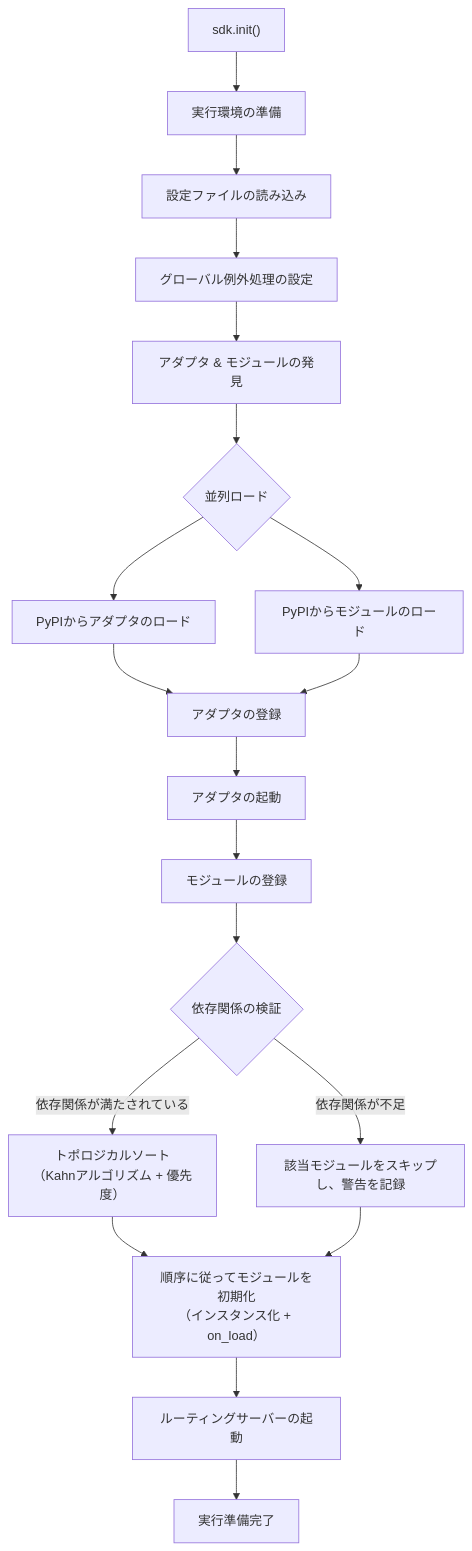
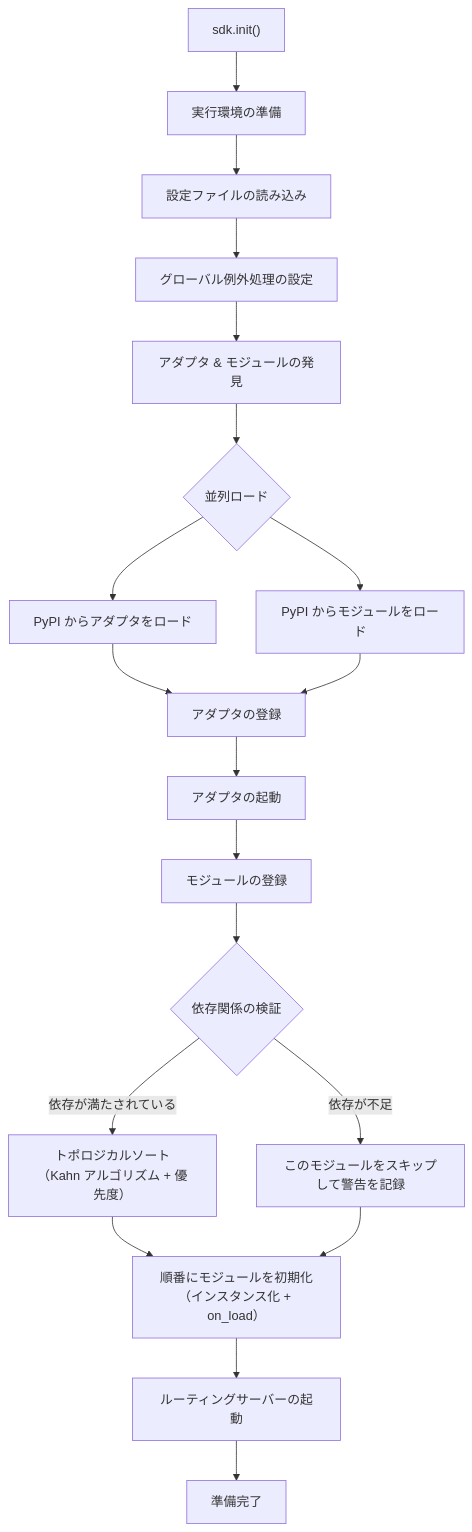
The second of 9 diagrams in docs/ja/architecture.md (ErisPulse/ErisPulse), drawn with Mermaid before and after one commit. The commit also changed other lines of this file and 622 other files, not shown here.

````diff
--- a/docs/ja/architecture.md
+++ b/docs/ja/architecture.md
@@ -61,20 +59,20 @@
 ```mermaid
 flowchart TD
     A["sdk.init()"] --> B["実行環境の準備"]
     B --> B1["設定ファイルの読み込み"]
     B1 --> B2["グローバル例外処理の設定"]
     B2 --> C["アダプタ & モジュールの発見"]
     C --> D{"並列ロード"}
-    D --> D1["PyPIからアダプタのロード"]
-    D --> D2["PyPIからモジュールのロード"]
+    D --> D1["PyPI からアダプタをロード"]
+    D --> D2["PyPI からモジュールをロード"]
     D1 & D2 --> E["アダプタの登録"]
     E --> E1["アダプタの起動"]
     E1 --> F["モジュールの登録"]
     F --> F1{"依存関係の検証"}
-    F1 -->|"依存関係が不足"| F2["該当モジュールをスキップし、警告を記録"]
-    F1 -->|"依存関係が満たされている"| F3["トポロジカルソート<br/>（Kahnアルゴリズム + 優先度）"]
-    F3 --> G["順序に従ってモジュールを初期化<br/>（インスタンス化 + on_load）"]
+    F1 -->|"依存が不足"| F2["このモジュールをスキップして警告を記録"]
+    F1 -->|"依存が満たされている"| F3["トポロジカルソート<br/>（Kahn アルゴリズム + 優先度）"]
+    F3 --> G["順番にモジュールを初期化<br/>（インスタンス化 + on_load）"]
     F2 --> G
     G --> H["ルーティングサーバーの起動"]
-    H --> K["実行準備完了"]
+    H --> K["準備完了"]
 ```
````
